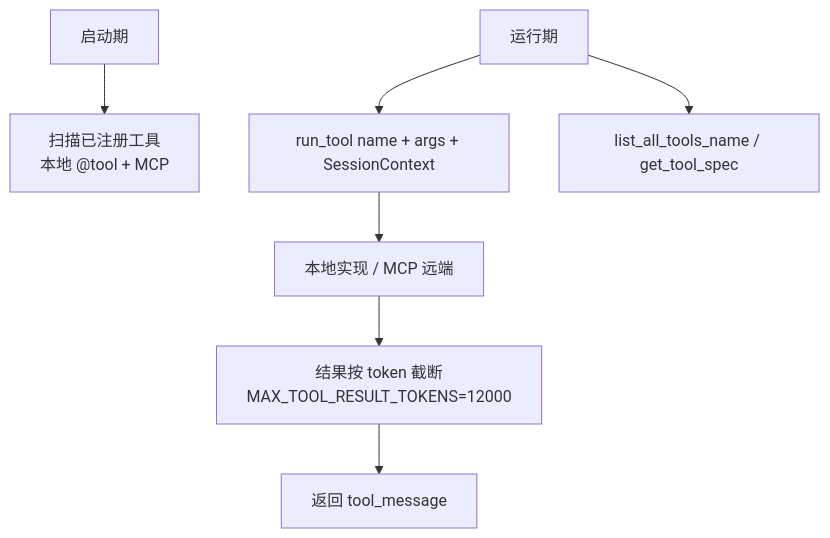
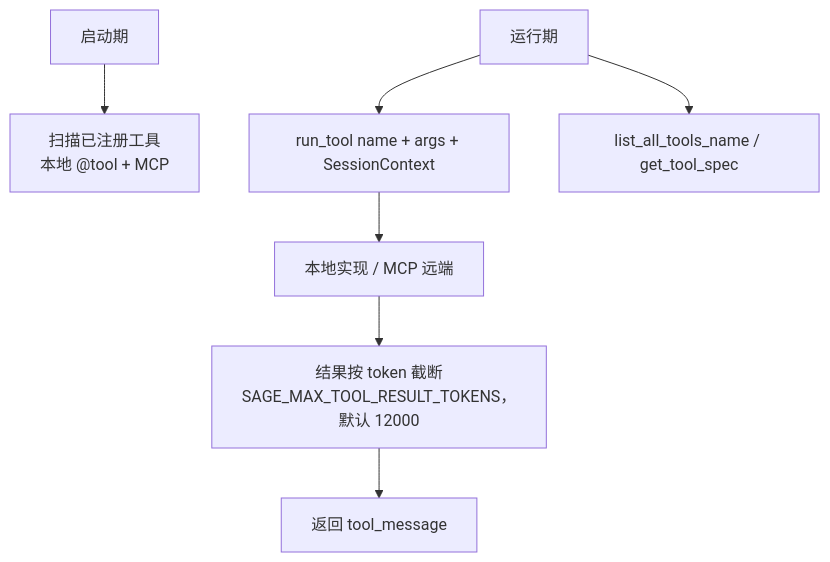
The third of 11 diagrams in docs/zh/architecture/ARCHITECTURE_SAGENTS_TOOL_SKILL.md (ZHangZHengEric/Sage), drawn with Mermaid before and after one commit. The commit also changed 6 other files, not shown here.

Commit message:
Make tool result token limit configurable

````diff
--- a/docs/zh/architecture/ARCHITECTURE_SAGENTS_TOOL_SKILL.md
+++ b/docs/zh/architecture/ARCHITECTURE_SAGENTS_TOOL_SKILL.md
@@ -62,9 +62,9 @@
 ```mermaid
 flowchart TB
     Start[启动期] --> Scan[扫描已注册工具<br/>本地 @tool + MCP]
     Run[运行期] --> Call[run_tool name + args + SessionContext]
     Call --> Exec[本地实现 / MCP 远端]
-    Exec --> Trunc[结果按 token 截断<br/>MAX_TOOL_RESULT_TOKENS=12000]
+    Exec --> Trunc[结果按 token 截断<br/>SAGE_MAX_TOOL_RESULT_TOKENS，默认 12000]
     Trunc --> ToAgent[返回 tool_message]
     Run --> Meta[list_all_tools_name / get_tool_spec]
 ```
````
